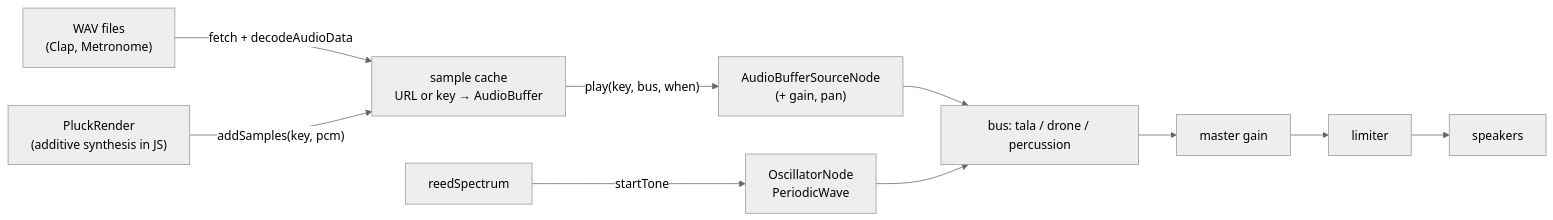
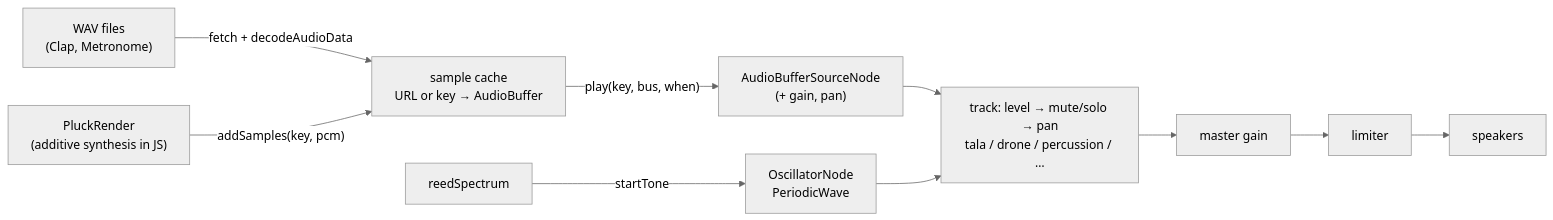
One commit to panyam/thambura changed the second of 3 diagrams in docs/designs/architecture.md. Above: the diagram before and after it, drawn with Mermaid (neutral theme). The commit also changed other lines of this file and 7 other files, not shown here.

First line of the commit message:
A bus per track: level, pan, mute and solo per instrument (#96)

````diff
--- a/docs/designs/architecture.md
+++ b/docs/designs/architecture.md
@@ -51,10 +51,10 @@
 ```mermaid
 flowchart LR
   wav["WAV files<br/>(Clap, Metronome)"] -- "fetch + decodeAudioData" --> cache
   render["PluckRender<br/>(additive synthesis in JS)"] -- "addSamples(key, pcm)" --> cache
   cache["sample cache<br/>URL or key → AudioBuffer"] -- "play(key, bus, when)" --> src["AudioBufferSourceNode<br/>(+ gain, pan)"]
   spec["reedSpectrum"] -- "startTone" --> osc["OscillatorNode<br/>PeriodicWave"]
   src --> bus
   osc --> bus
-  bus["bus: tala / drone / percussion"] --> master["master gain"] --> lim["limiter"] --> out["speakers"]
+  bus["track: level → mute/solo → pan<br/>tala / drone / percussion / …"] --> master["master gain"] --> lim["limiter"] --> out["speakers"]
 ```
````
